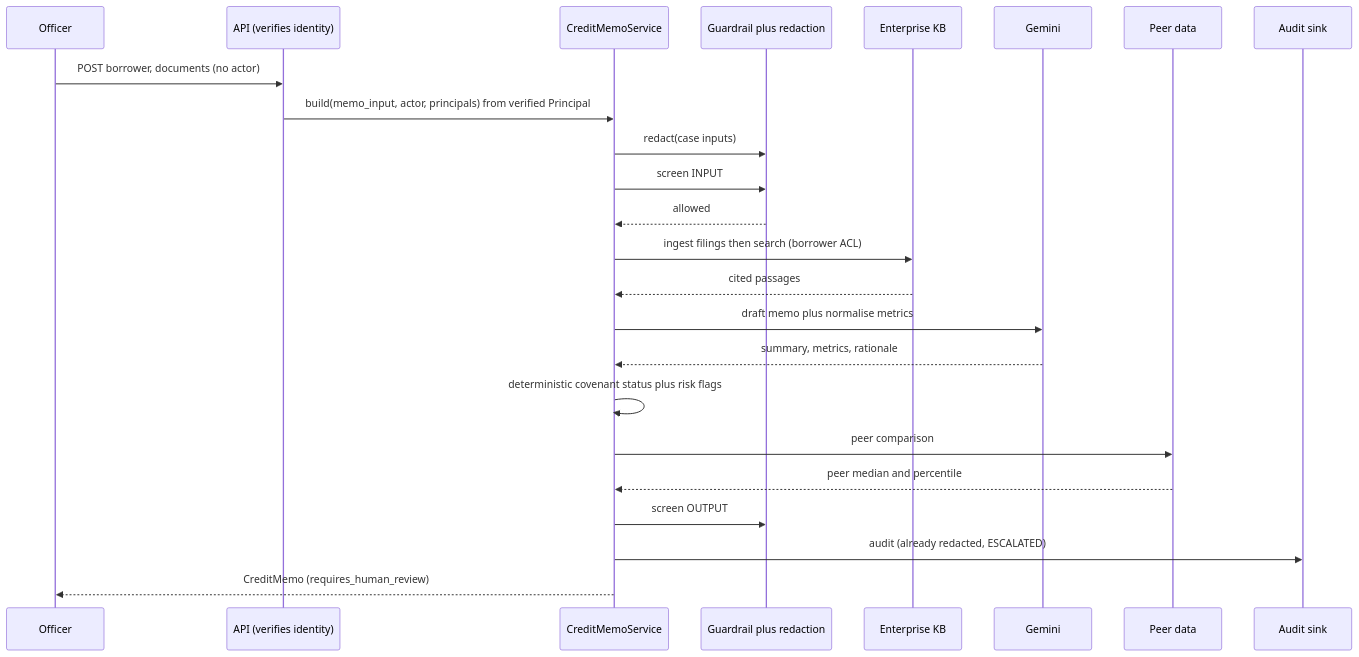
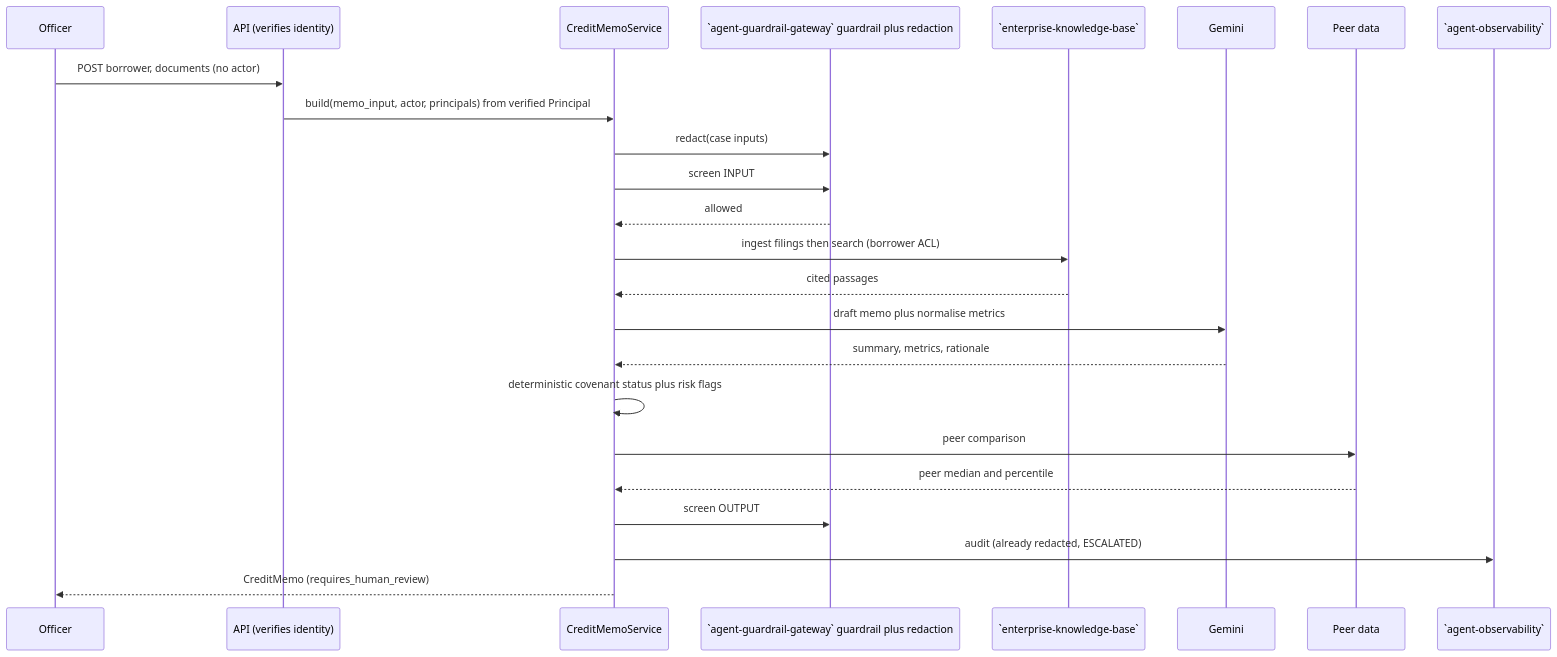
One commit to portable-genai/credit-memo-drafting changed the second of 2 diagrams in README.md. Above: the diagram before and after it, drawn with Mermaid. The commit also changed other lines of this file and 39 other files, not shown here.

````diff
--- a/README.md
+++ b/README.md
@@ -64,26 +64,26 @@
 ```mermaid
 sequenceDiagram
   participant O as Officer
   participant API as API (verifies identity)
   participant S as CreditMemoService
-  participant Hrz1 as Guardrail plus redaction
-  participant Hrz2 as Enterprise KB
+  participant Safety as `agent-guardrail-gateway` guardrail plus redaction
+  participant KB as `enterprise-knowledge-base`
   participant LLM as Gemini
   participant BQ as Peer data
-  participant Hrz5 as Audit sink
+  participant Audit as `agent-observability`
   O->>API: POST borrower, documents (no actor)
   API->>S: build(memo_input, actor, principals) from verified Principal
-  S->>Hrz1: redact(case inputs)
-  S->>Hrz1: screen INPUT
-  Hrz1-->>S: allowed
-  S->>Hrz2: ingest filings then search (borrower ACL)
-  Hrz2-->>S: cited passages
+  S->>Safety: redact(case inputs)
+  S->>Safety: screen INPUT
+  Safety-->>S: allowed
+  S->>KB: ingest filings then search (borrower ACL)
+  KB-->>S: cited passages
   S->>LLM: draft memo plus normalise metrics
   LLM-->>S: summary, metrics, rationale
   S->>S: deterministic covenant status plus risk flags
   S->>BQ: peer comparison
   BQ-->>S: peer median and percentile
-  S->>Hrz1: screen OUTPUT
-  S->>Hrz5: audit (already redacted, ESCALATED)
+  S->>Safety: screen OUTPUT
+  S->>Audit: audit (already redacted, ESCALATED)
   S-->>O: CreditMemo (requires_human_review)
 ```
````
